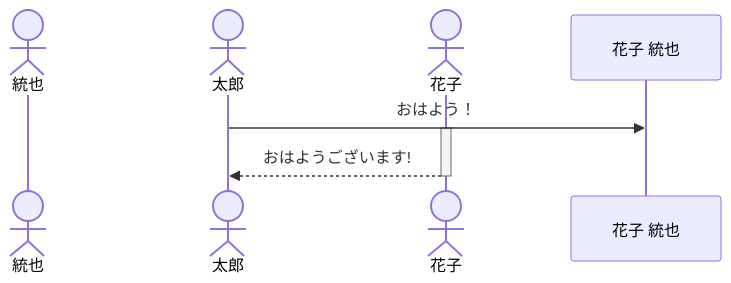
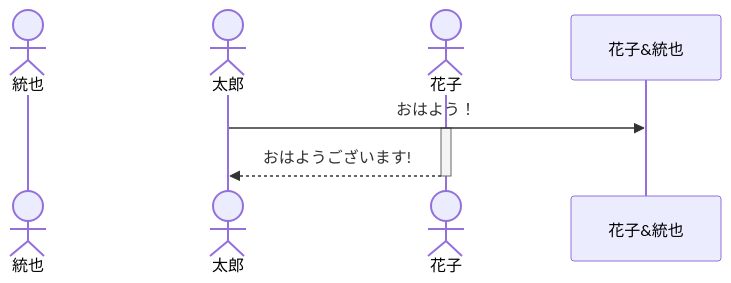
The second of 3 diagrams in README.md (KinoshitaToya/mermaid_test), drawn with Mermaid before and after one commit.

````diff
--- a/README.md
+++ b/README.md
@@ -37,11 +37,11 @@
 ```mermaid
 sequenceDiagram
     actor 統也
     actor 太郎
     actor 花子
     
-    太郎->>花子 統也: おはよう！
+    太郎->>花子&統也: おはよう！
     activate 花子
     花子-->>太郎: おはようございます!
     deactivate 花子
 ```
````
